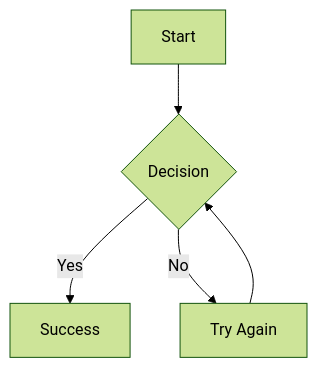
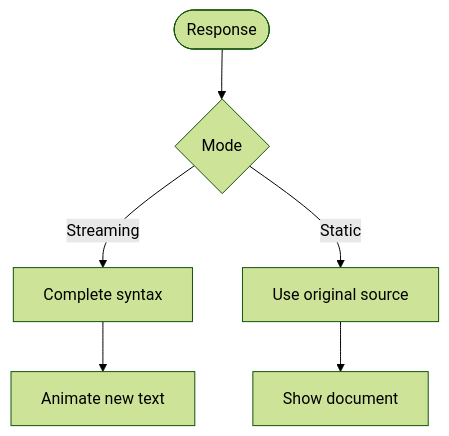
Before and after one commit to jinghaihan/vue-stream-markdown: the first of 10 diagrams in playground/nuxt/app/markdown/mermaid.md, drawn with Mermaid (forest theme). The commit also changed other lines of this file and 1 other file, not shown here.

Commit message:
docs(playground): refresh landing page and mermaid examples

````diff
--- a/playground/nuxt/app/markdown/mermaid.md
+++ b/playground/nuxt/app/markdown/mermaid.md
@@ -9,7 +9,8 @@
 ```mermaid
-graph TD
-    A[Start] --> B{Decision}
-    B -->|Yes| C[Success]
-    B -->|No| D[Try Again]
-    D --> B
+flowchart TB
+    A([Response]) --> B{Mode}
+    B -->|Streaming| C[Complete syntax]
+    B -->|Static| D[Use original source]
+    C --> E[Animate new text]
+    D --> F[Show document]
 ```
````
